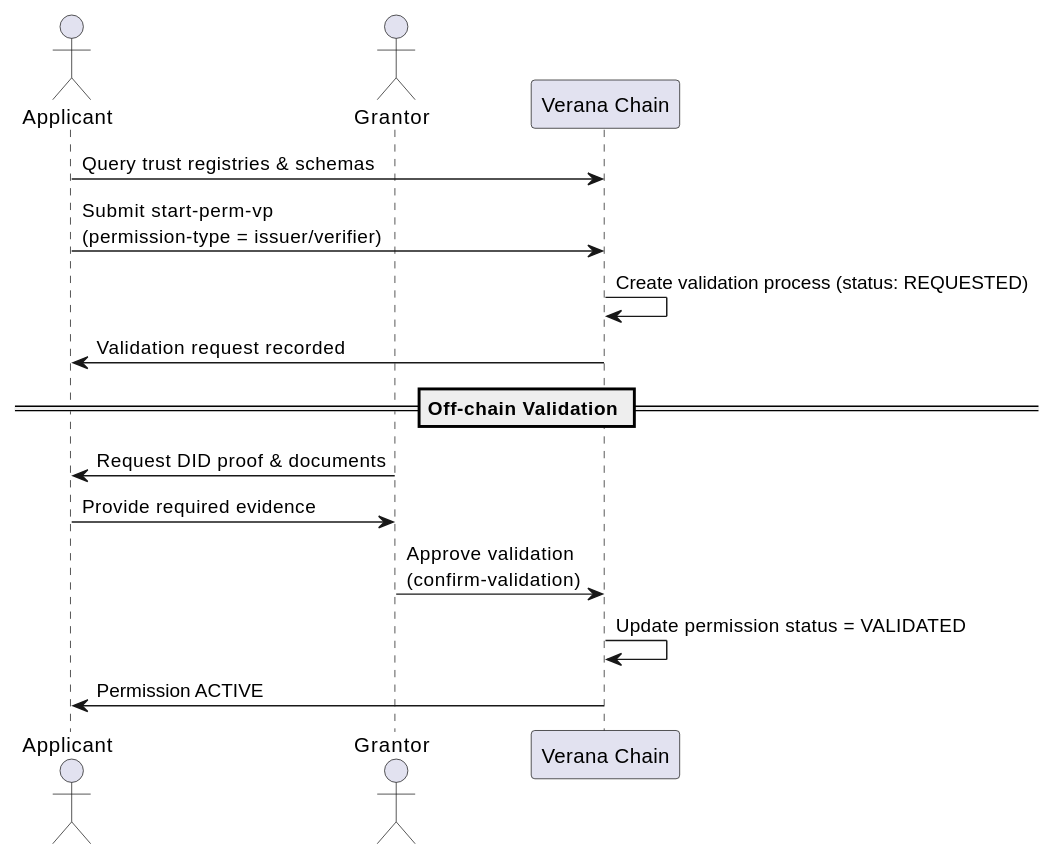
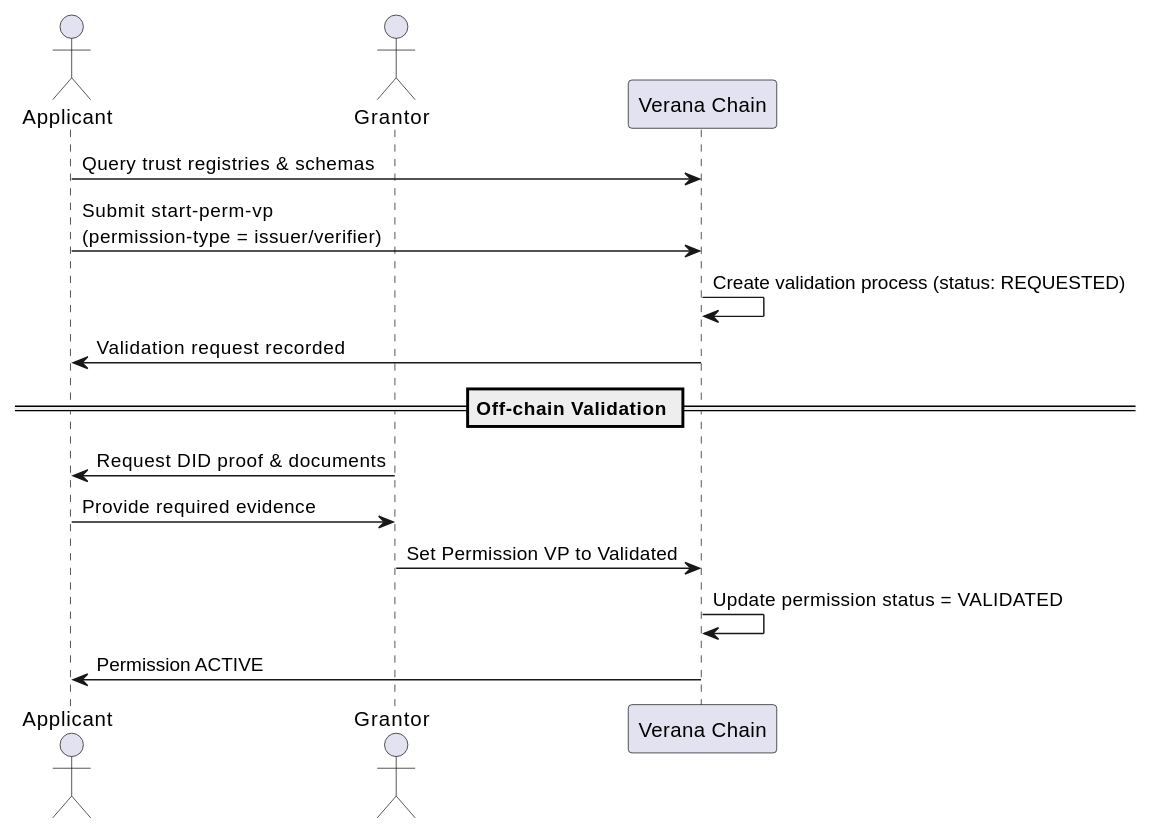
Before and after one commit to verana-labs/verana-docs: the third of 4 diagrams in docs/use/ecosystems/20-onboarding.md, drawn with PlantUML. The commit also changed other lines of this file, not shown here.

Commit message:
feat: improve validation process

````diff
--- a/docs/use/ecosystems/20-onboarding.md
+++ b/docs/use/ecosystems/20-onboarding.md
@@ -206,19 +208,19 @@
 ```plantuml
 @startuml
 actor Applicant
 actor Grantor
 participant "Verana Chain" as Chain
 
 Applicant -> Chain: Query trust registries & schemas
 Applicant -> Chain: Submit start-perm-vp\n(permission-type = issuer/verifier)
 Chain -> Chain: Create validation process (status: REQUESTED)
 Applicant <- Chain: Validation request recorded
 
 == Off-chain Validation ==
 Grantor -> Applicant: Request DID proof & documents
 Applicant -> Grantor: Provide required evidence
-Grantor -> Chain: Approve validation\n(confirm-validation)
+Grantor -> Chain: Set Permission VP to Validated
 Chain -> Chain: Update permission status = VALIDATED
 Applicant <- Chain: Permission ACTIVE
 @enduml
 ```
````
